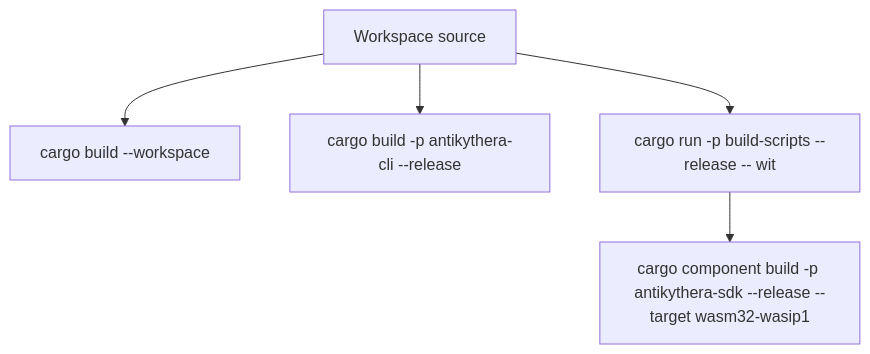
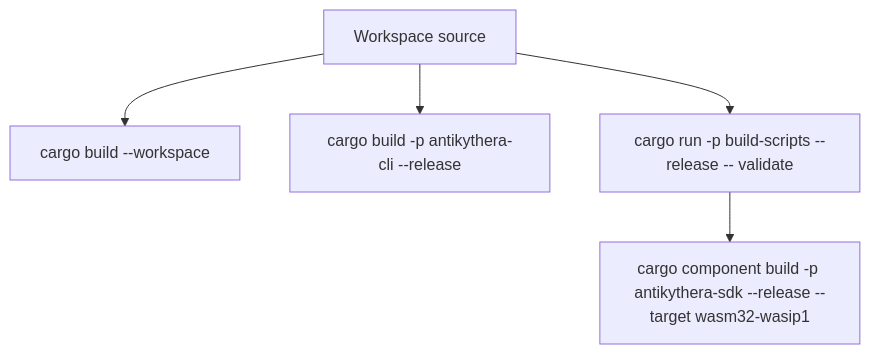
Before and after one commit to tsfarizi/antikythera-mcp-framework: the first of 3 diagrams in documentation/BUILD.md, drawn with Mermaid. The commit also changed other lines of this file and 6 other files, not shown here.

````diff
--- a/documentation/BUILD.md
+++ b/documentation/BUILD.md
@@ -7,7 +7,7 @@
 ```mermaid
 flowchart TD
     SRC[Workspace source] --> CARGO[cargo build --workspace]
     SRC --> CLI[cargo build -p antikythera-cli --release]
-    SRC --> WIT[cargo run -p build-scripts --release -- wit]
+    SRC --> WIT[cargo run -p build-scripts --release -- validate]
     WIT --> COMPONENT[cargo component build -p antikythera-sdk --release --target wasm32-wasip1]
 ```
````
